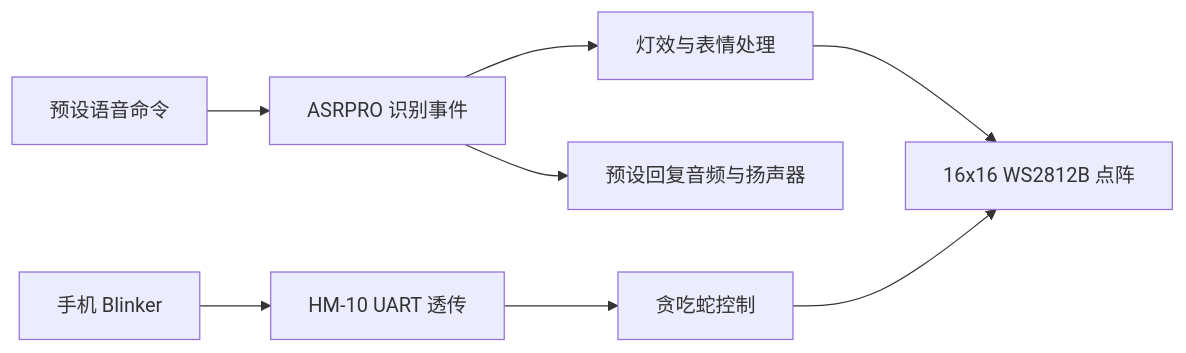
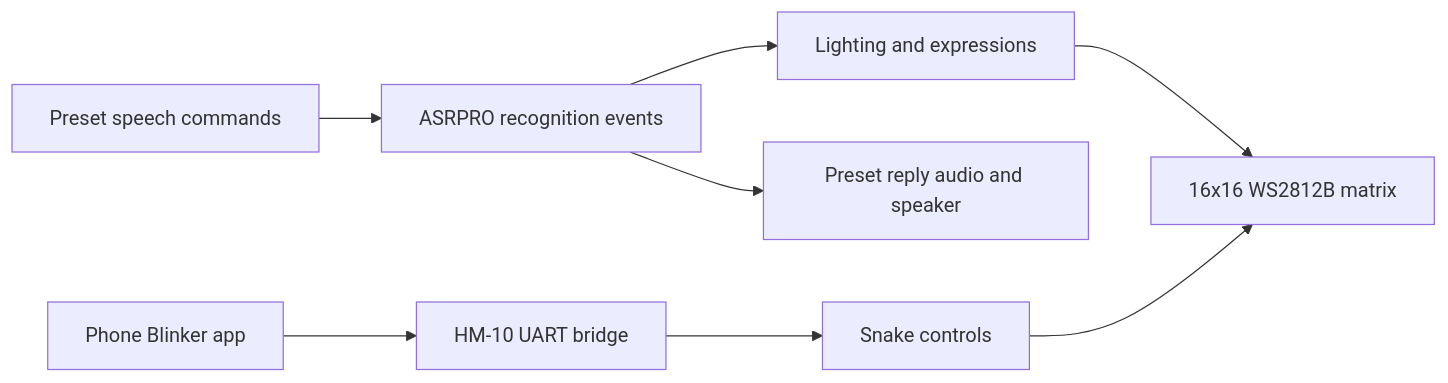
One commit to DongFengPo1412/Intelligent-Lighting-Control-System-Basic changed the diagram in README.md. Above: the diagram before and after it, drawn with Mermaid. The commit also changed other lines of this file and 3 other files, not shown here.

````diff
--- a/README.md
+++ b/README.md
@@ -23,10 +23,10 @@
 ```mermaid
 flowchart LR
-    Voice[预设语音命令] --> ASR[ASRPRO 识别事件]
-    ASR --> Effects[灯效与表情处理]
-    Phone[手机 Blinker] --> BLE[HM-10 UART 透传]
-    BLE --> Game[贪吃蛇控制]
-    Effects --> Matrix[16x16 WS2812B 点阵]
+    Voice[Preset speech commands] --> ASR[ASRPRO recognition events]
+    ASR --> Effects[Lighting and expressions]
+    Phone[Phone Blinker app] --> BLE[HM-10 UART bridge]
+    BLE --> Game[Snake controls]
+    Effects --> Matrix[16x16 WS2812B matrix]
     Game --> Matrix
-    ASR --> Audio[预设回复音频与扬声器]
+    ASR --> Audio[Preset reply audio and speaker]
 ```
````
